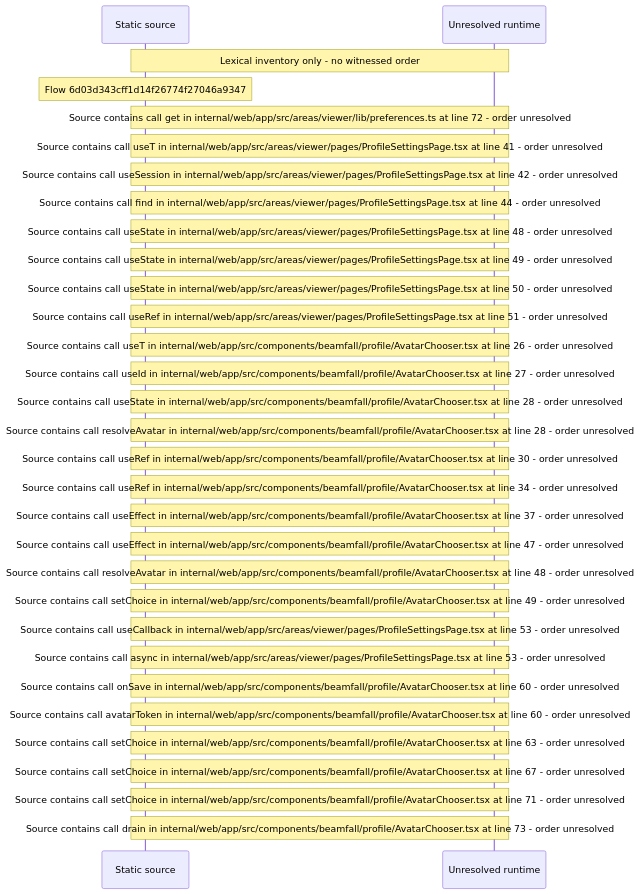
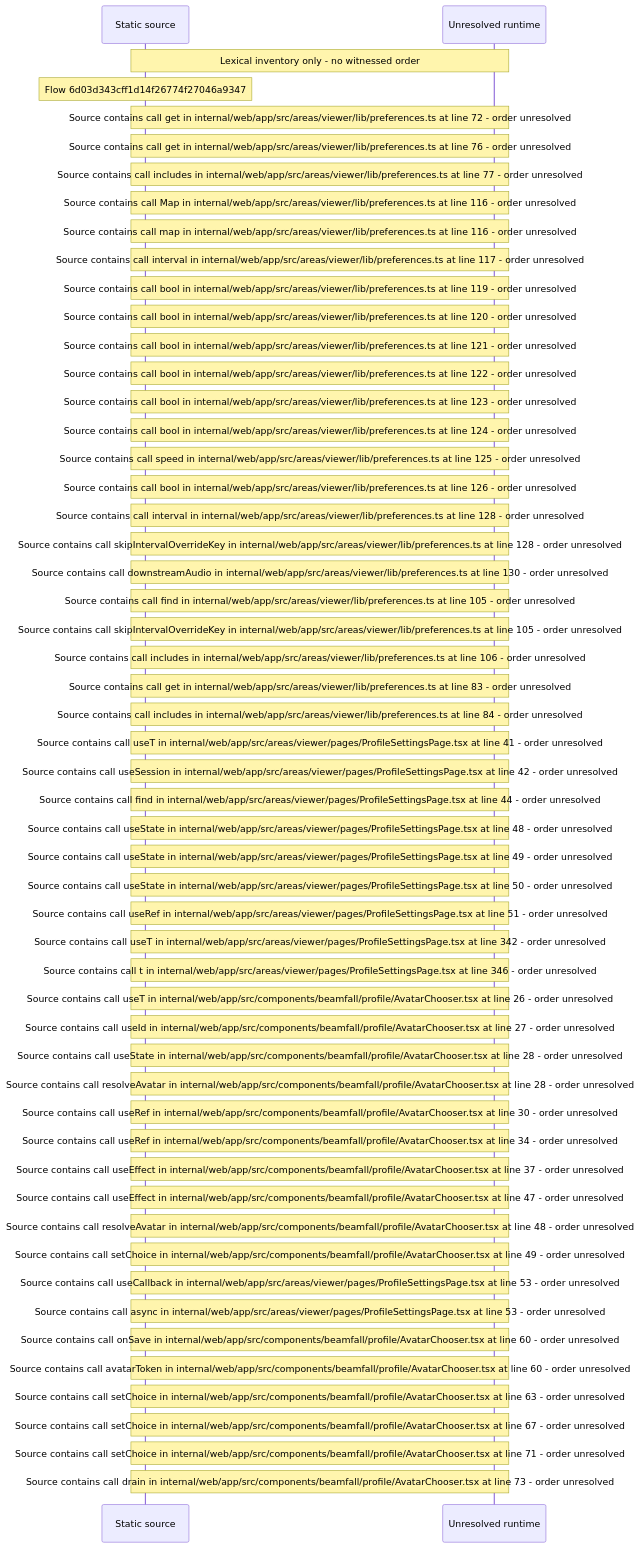
One commit to beamfall/core changed the diagram in docs/web/flows/generated/6d03d343cff1d14f26774f27046a9347/flow-diagram.md. Above: the diagram before and after it, drawn with Mermaid. The commit also changed other lines of this file and 699 other files, not shown here.

Commit message:
Regenerate the web flow record with flow generator version 5

````diff
--- a/docs/web/flows/generated/6d03d343cff1d14f26774f27046a9347/flow-diagram.md
+++ b/docs/web/flows/generated/6d03d343cff1d14f26774f27046a9347/flow-diagram.md
@@ -10,33 +10,56 @@
 ```mermaid
 sequenceDiagram
     participant S as Static source
     participant U as Unresolved runtime
     Note over S,U: Lexical inventory only - no witnessed order
     Note over S: Flow 6d03d343cff1d14f26774f27046a9347
     Note over S,U: Source contains call get in internal/web/app/src/areas/viewer/lib/preferences.ts at line 72 - order unresolved
+    Note over S,U: Source contains call get in internal/web/app/src/areas/viewer/lib/preferences.ts at line 76 - order unresolved
+    Note over S,U: Source contains call includes in internal/web/app/src/areas/viewer/lib/preferences.ts at line 77 - order unresolved
+    Note over S,U: Source contains call Map in internal/web/app/src/areas/viewer/lib/preferences.ts at line 116 - order unresolved
+    Note over S,U: Source contains call map in internal/web/app/src/areas/viewer/lib/preferences.ts at line 116 - order unresolved
+    Note over S,U: Source contains call interval in internal/web/app/src/areas/viewer/lib/preferences.ts at line 117 - order unresolved
+    Note over S,U: Source contains call bool in internal/web/app/src/areas/viewer/lib/preferences.ts at line 119 - order unresolved
+    Note over S,U: Source contains call bool in internal/web/app/src/areas/viewer/lib/preferences.ts at line 120 - order unresolved
+    Note over S,U: Source contains call bool in internal/web/app/src/areas/viewer/lib/preferences.ts at line 121 - order unresolved
+    Note over S,U: Source contains call bool in internal/web/app/src/areas/viewer/lib/preferences.ts at line 122 - order unresolved
+    Note over S,U: Source contains call bool in internal/web/app/src/areas/viewer/lib/preferences.ts at line 123 - order unresolved
+    Note over S,U: Source contains call bool in internal/web/app/src/areas/viewer/lib/preferences.ts at line 124 - order unresolved
+    Note over S,U: Source contains call speed in internal/web/app/src/areas/viewer/lib/preferences.ts at line 125 - order unresolved
+    Note over S,U: Source contains call bool in internal/web/app/src/areas/viewer/lib/preferences.ts at line 126 - order unresolved
+    Note over S,U: Source contains call interval in internal/web/app/src/areas/viewer/lib/preferences.ts at line 128 - order unresolved
+    Note over S,U: Source contains call skipIntervalOverrideKey in internal/web/app/src/areas/viewer/lib/preferences.ts at line 128 - order unresolved
+    Note over S,U: Source contains call downstreamAudio in internal/web/app/src/areas/viewer/lib/preferences.ts at line 130 - order unresolved
+    Note over S,U: Source contains call find in internal/web/app/src/areas/viewer/lib/preferences.ts at line 105 - order unresolved
+    Note over S,U: Source contains call skipIntervalOverrideKey in internal/web/app/src/areas/viewer/lib/preferences.ts at line 105 - order unresolved
+    Note over S,U: Source contains call includes in internal/web/app/src/areas/viewer/lib/preferences.ts at line 106 - order unresolved
+    Note over S,U: Source contains call get in internal/web/app/src/areas/viewer/lib/preferences.ts at line 83 - order unresolved
+    Note over S,U: Source contains call includes in internal/web/app/src/areas/viewer/lib/preferences.ts at line 84 - order unresolved
     Note over S,U: Source contains call useT in internal/web/app/src/areas/viewer/pages/ProfileSettingsPage.tsx at line 41 - order unresolved
     Note over S,U: Source contains call useSession in internal/web/app/src/areas/viewer/pages/ProfileSettingsPage.tsx at line 42 - order unresolved
     Note over S,U: Source contains call find in internal/web/app/src/areas/viewer/pages/ProfileSettingsPage.tsx at line 44 - order unresolved
     Note over S,U: Source contains call useState in internal/web/app/src/areas/viewer/pages/ProfileSettingsPage.tsx at line 48 - order unresolved
     Note over S,U: Source contains call useState in internal/web/app/src/areas/viewer/pages/ProfileSettingsPage.tsx at line 49 - order unresolved
     Note over S,U: Source contains call useState in internal/web/app/src/areas/viewer/pages/ProfileSettingsPage.tsx at line 50 - order unresolved
     Note over S,U: Source contains call useRef in internal/web/app/src/areas/viewer/pages/ProfileSettingsPage.tsx at line 51 - order unresolved
+    Note over S,U: Source contains call useT in internal/web/app/src/areas/viewer/pages/ProfileSettingsPage.tsx at line 342 - order unresolved
+    Note over S,U: Source contains call t in internal/web/app/src/areas/viewer/pages/ProfileSettingsPage.tsx at line 346 - order unresolved
     Note over S,U: Source contains call useT in internal/web/app/src/components/beamfall/profile/AvatarChooser.tsx at line 26 - order unresolved
     Note over S,U: Source contains call useId in internal/web/app/src/components/beamfall/profile/AvatarChooser.tsx at line 27 - order unresolved
     Note over S,U: Source contains call useState in internal/web/app/src/components/beamfall/profile/AvatarChooser.tsx at line 28 - order unresolved
     Note over S,U: Source contains call resolveAvatar in internal/web/app/src/components/beamfall/profile/AvatarChooser.tsx at line 28 - order unresolved
     Note over S,U: Source contains call useRef in internal/web/app/src/components/beamfall/profile/AvatarChooser.tsx at line 30 - order unresolved
     Note over S,U: Source contains call useRef in internal/web/app/src/components/beamfall/profile/AvatarChooser.tsx at line 34 - order unresolved
     Note over S,U: Source contains call useEffect in internal/web/app/src/components/beamfall/profile/AvatarChooser.tsx at line 37 - order unresolved
     Note over S,U: Source contains call useEffect in internal/web/app/src/components/beamfall/profile/AvatarChooser.tsx at line 47 - order unresolved
     Note over S,U: Source contains call resolveAvatar in internal/web/app/src/components/beamfall/profile/AvatarChooser.tsx at line 48 - order unresolved
     Note over S,U: Source contains call setChoice in internal/web/app/src/components/beamfall/profile/AvatarChooser.tsx at line 49 - order unresolved
     Note over S,U: Source contains call useCallback in internal/web/app/src/areas/viewer/pages/ProfileSettingsPage.tsx at line 53 - order unresolved
     Note over S,U: Source contains call async in internal/web/app/src/areas/viewer/pages/ProfileSettingsPage.tsx at line 53 - order unresolved
     Note over S,U: Source contains call onSave in internal/web/app/src/components/beamfall/profile/AvatarChooser.tsx at line 60 - order unresolved
     Note over S,U: Source contains call avatarToken in internal/web/app/src/components/beamfall/profile/AvatarChooser.tsx at line 60 - order unresolved
     Note over S,U: Source contains call setChoice in internal/web/app/src/components/beamfall/profile/AvatarChooser.tsx at line 63 - order unresolved
     Note over S,U: Source contains call setChoice in internal/web/app/src/components/beamfall/profile/AvatarChooser.tsx at line 67 - order unresolved
     Note over S,U: Source contains call setChoice in internal/web/app/src/components/beamfall/profile/AvatarChooser.tsx at line 71 - order unresolved
     Note over S,U: Source contains call drain in internal/web/app/src/components/beamfall/profile/AvatarChooser.tsx at line 73 - order unresolved
 ```
````
